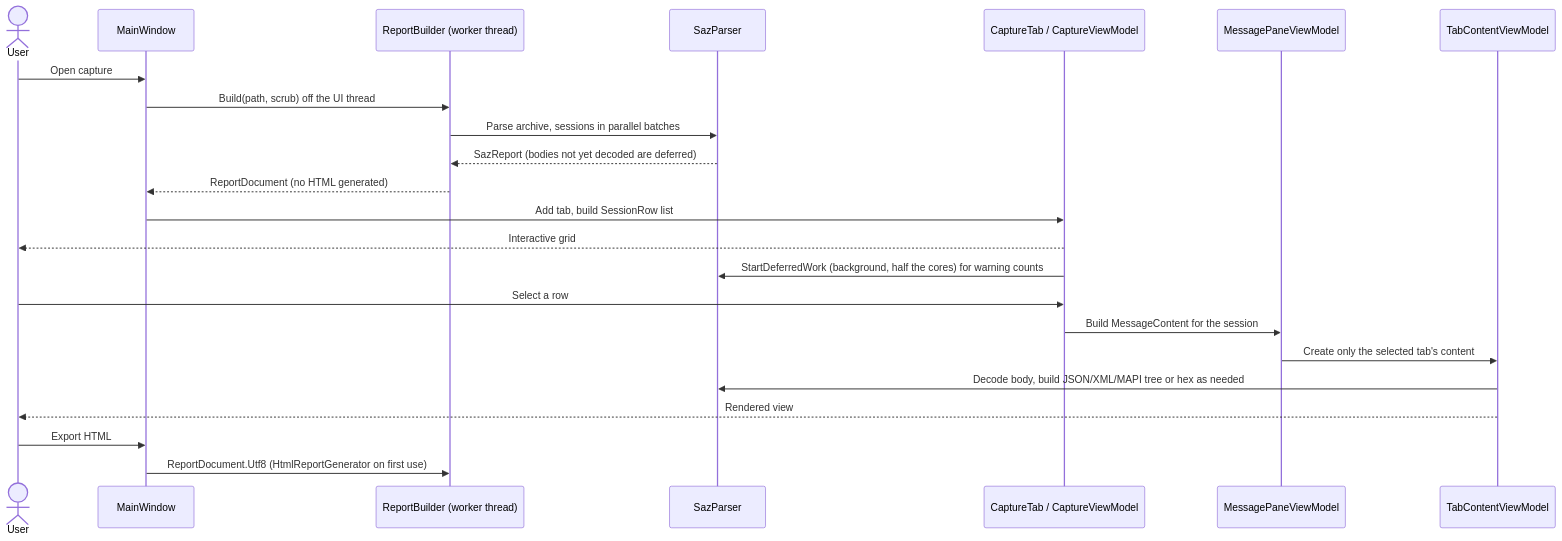
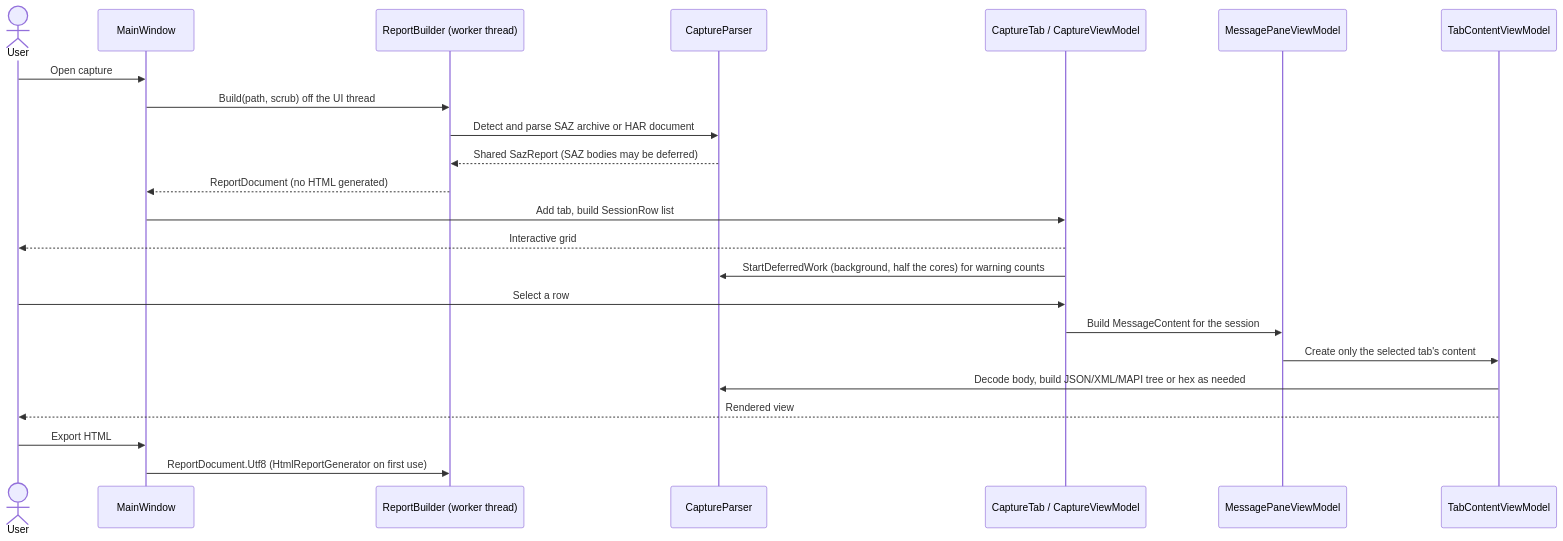
The second of 2 diagrams in docs/architecture/desktop-app.md (macienMSFT/Saz-Viewer), drawn with Mermaid before and after one commit. The commit also changed other lines of this file and 5 other files, not shown here.

First line of the commit message:
Document and harden HAR support

````diff
--- a/docs/architecture/desktop-app.md
+++ b/docs/architecture/desktop-app.md
@@ -55,26 +55,26 @@
 ```mermaid
 sequenceDiagram
     actor User
     participant Win as MainWindow
     participant Builder as ReportBuilder (worker thread)
-    participant Core as SazParser
+    participant Core as CaptureParser
     participant Tab as CaptureTab / CaptureViewModel
     participant Pane as MessagePaneViewModel
     participant Content as TabContentViewModel
 
     User->>Win: Open capture
     Win->>Builder: Build(path, scrub) off the UI thread
-    Builder->>Core: Parse archive, sessions in parallel batches
-    Core-->>Builder: SazReport (bodies not yet decoded are deferred)
+    Builder->>Core: Detect and parse SAZ archive or HAR document
+    Core-->>Builder: Shared SazReport (SAZ bodies may be deferred)
     Builder-->>Win: ReportDocument (no HTML generated)
     Win->>Tab: Add tab, build SessionRow list
     Tab-->>User: Interactive grid
     Tab->>Core: StartDeferredWork (background, half the cores) for warning counts
     User->>Tab: Select a row
     Tab->>Pane: Build MessageContent for the session
     Pane->>Content: Create only the selected tab's content
     Content->>Core: Decode body, build JSON/XML/MAPI tree or hex as needed
     Content-->>User: Rendered view
     User->>Win: Export HTML
     Win->>Builder: ReportDocument.Utf8 (HtmlReportGenerator on first use)
 ```
````
